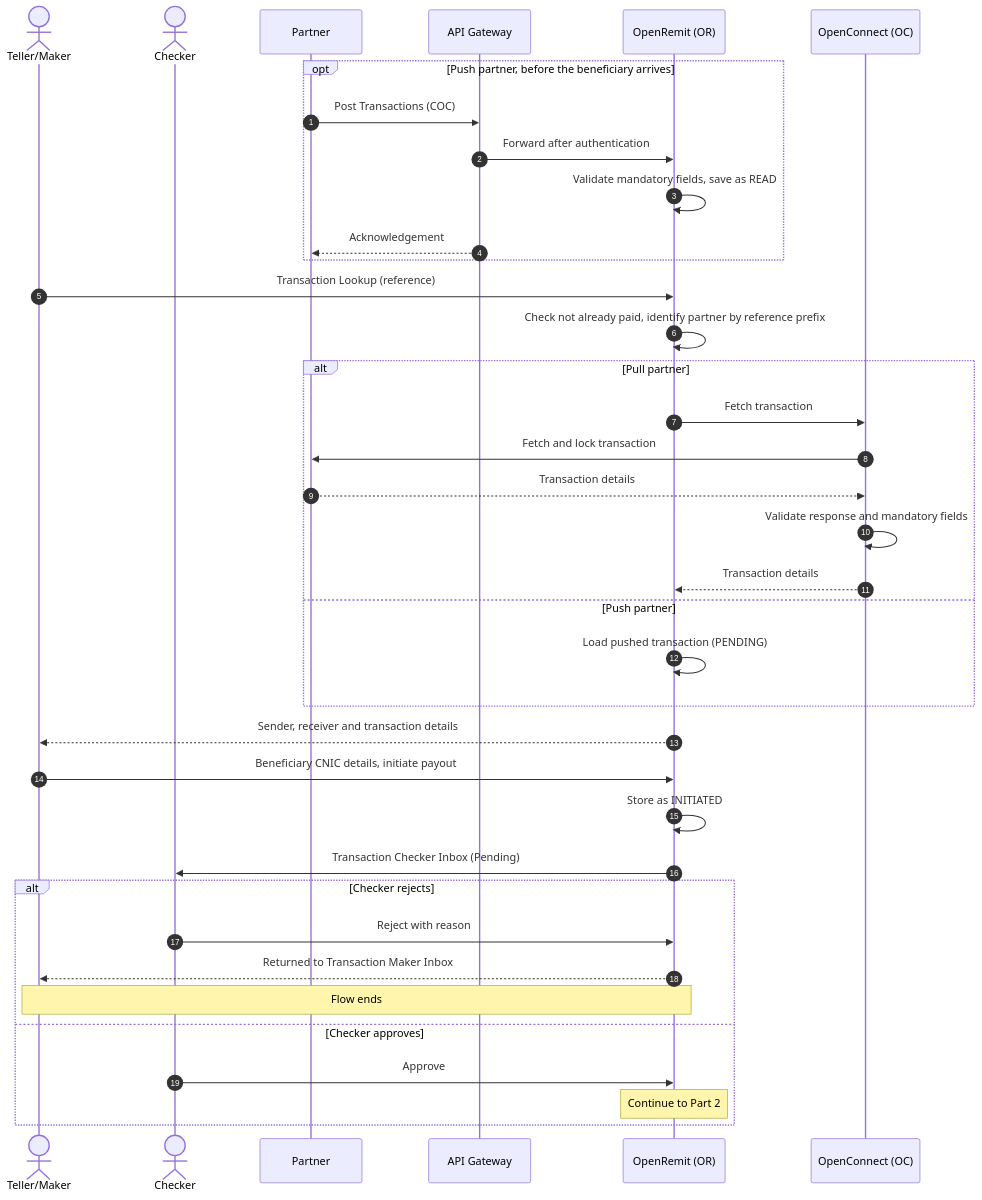
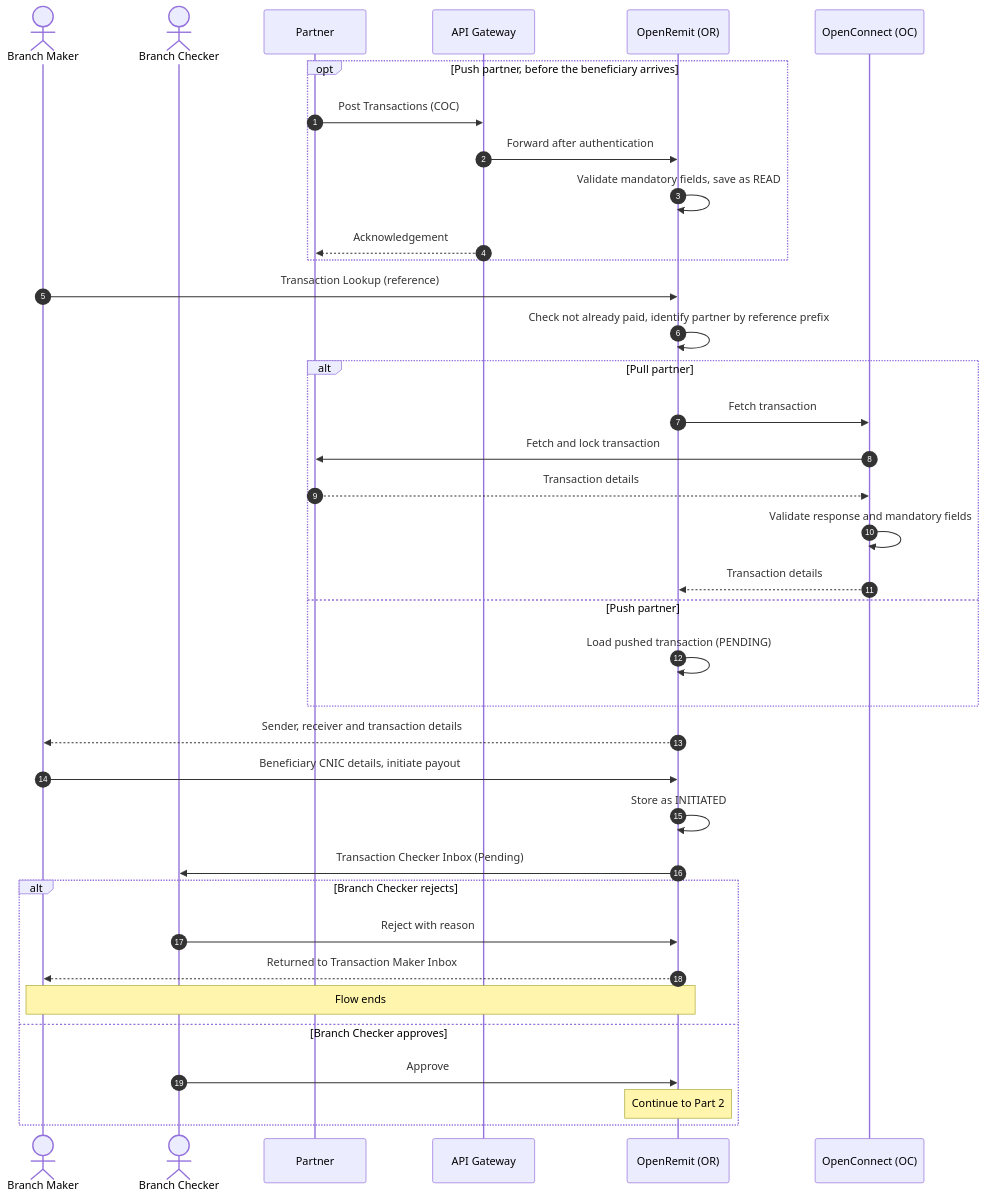
Before and after one commit to paysyslab/OpenRemit: the first of 2 diagrams in docs/features/financial/coc-otc-cash-payout.md, drawn with Mermaid. The commit also changed other lines of this file and 6 other files, not shown here.

````diff
--- a/docs/features/financial/coc-otc-cash-payout.md
+++ b/docs/features/financial/coc-otc-cash-payout.md
@@ -77,42 +91,42 @@
 ```mermaid
 sequenceDiagram
     autonumber
-    actor T as Teller/Maker
-    actor C as Checker
+    actor BM as Branch Maker
+    actor BC as Branch Checker
     participant P as Partner
     participant GW as API Gateway
     participant OR as OpenRemit (OR)
     participant OC as OpenConnect (OC)
 
     opt Push partner, before the beneficiary arrives
         P->>GW: Post Transactions (COC)
         GW->>OR: Forward after authentication
         OR->>OR: Validate mandatory fields, save as READ
         GW-->>P: Acknowledgement
     end
 
-    T->>OR: Transaction Lookup (reference)
+    BM->>OR: Transaction Lookup (reference)
     OR->>OR: Check not already paid, identify partner by reference prefix
     alt Pull partner
         OR->>OC: Fetch transaction
         OC->>P: Fetch and lock transaction
         P-->>OC: Transaction details
         OC->>OC: Validate response and mandatory fields
         OC-->>OR: Transaction details
     else Push partner
         OR->>OR: Load pushed transaction (PENDING)
     end
-    OR-->>T: Sender, receiver and transaction details
+    OR-->>BM: Sender, receiver and transaction details
 
-    T->>OR: Beneficiary CNIC details, initiate payout
+    BM->>OR: Beneficiary CNIC details, initiate payout
     OR->>OR: Store as INITIATED
-    OR->>C: Transaction Checker Inbox (Pending)
-    alt Checker rejects
-        C->>OR: Reject with reason
-        OR-->>T: Returned to Transaction Maker Inbox
-        Note over T,OR: Flow ends
-    else Checker approves
-        C->>OR: Approve
+    OR->>BC: Transaction Checker Inbox (Pending)
+    alt Branch Checker rejects
+        BC->>OR: Reject with reason
+        OR-->>BM: Returned to Transaction Maker Inbox
+        Note over BM,OR: Flow ends
+    else Branch Checker approves
+        BC->>OR: Approve
         Note over OR: Continue to Part 2
     end
 ```
````
